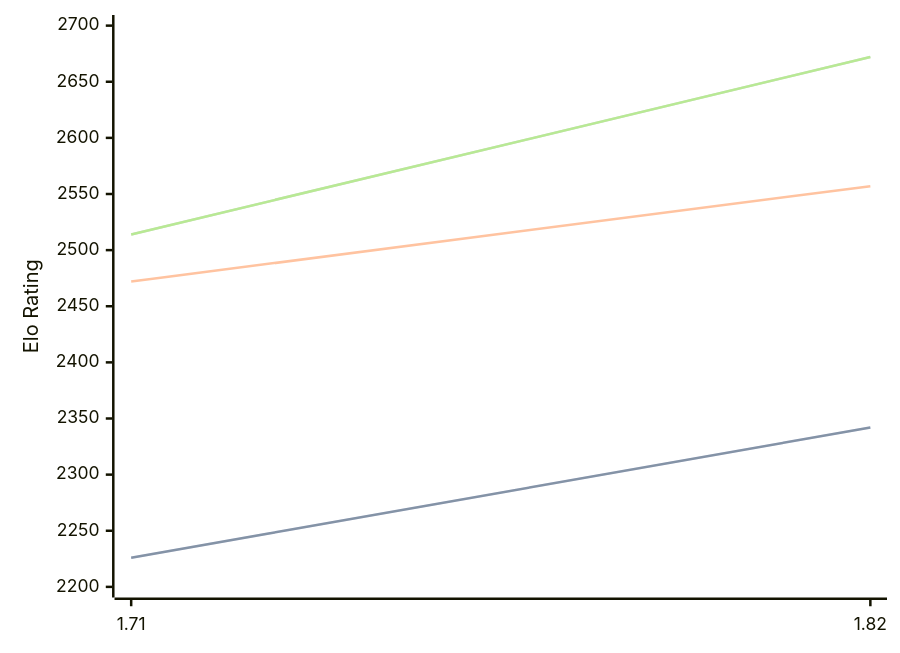
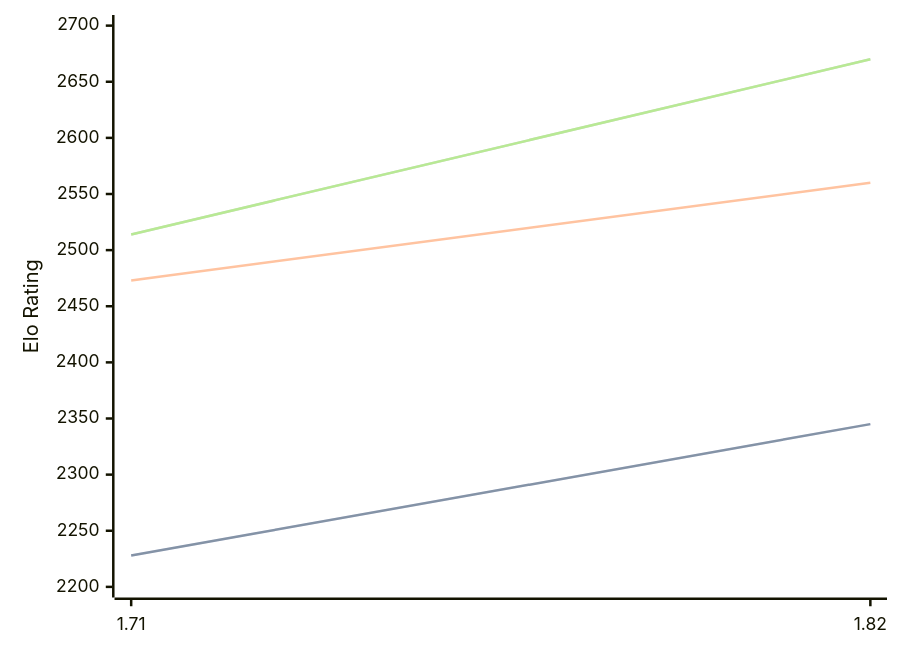
Before and after one commit to computer-chess-index/cci: the diagram in engines/Amira.md, drawn with Mermaid. The commit also changed other lines of this file, not shown here.

Commit message:
Update CCI Ratings (ELO VLTC) - 2026-04-22

````diff
--- a/engines/Amira.md
+++ b/engines/Amira.md
@@ -35,11 +35,11 @@
 ```mermaid
 %%{init: {"theme":"base","themeVariables":{"seriesColors:['#a3a3a3','#222221','#faa371']}}}%%
 xychart-beta
   x-axis ["1.71", "1.82"]
   y-axis "Elo Rating" 2200 --> 2700
-  line "STC (8.0+0.08s)" [2226, 2342]
-  line "STC (8.0+0.08s)" [2226, 2342]
-  line "LTC (60.0+0.60s)" [2472, 2557]
-  line "VLTC (2m24s+1.12s)" [2514, 2672]
-  line "VLTC (2m24s+1.12s)" [2514, 2672]
+  line "STC (8.0+0.08s)" [2228, 2345]
+  line "STC (8.0+0.08s)" [2228, 2345]
+  line "LTC (60.0+0.60s)" [2473, 2560]
+  line "VLTC (2m24s+1.12s)" [2514, 2670]
+  line "VLTC (2m24s+1.12s)" [2514, 2670]
 ```
````
